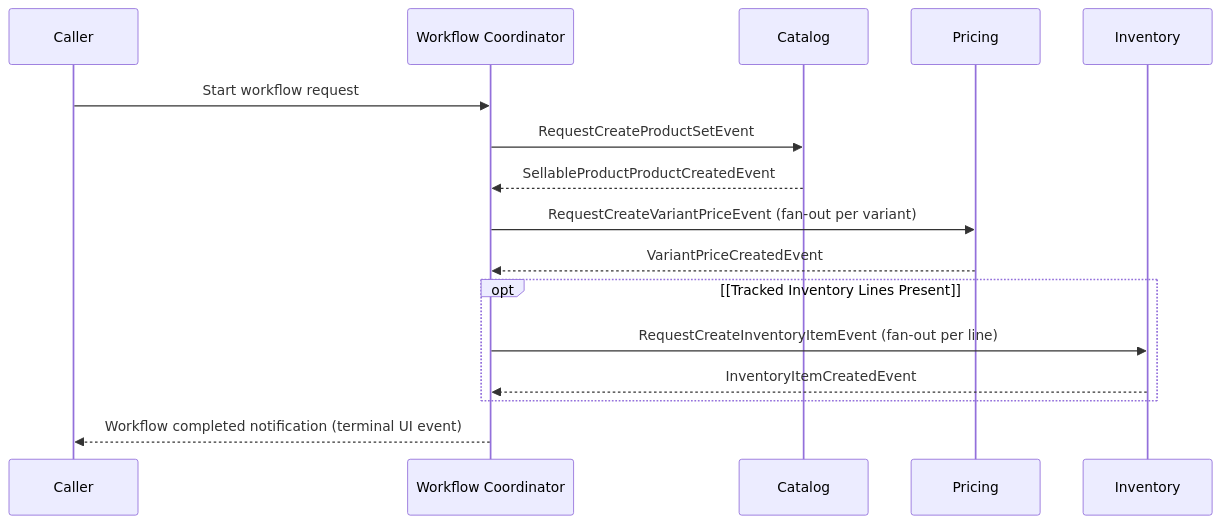
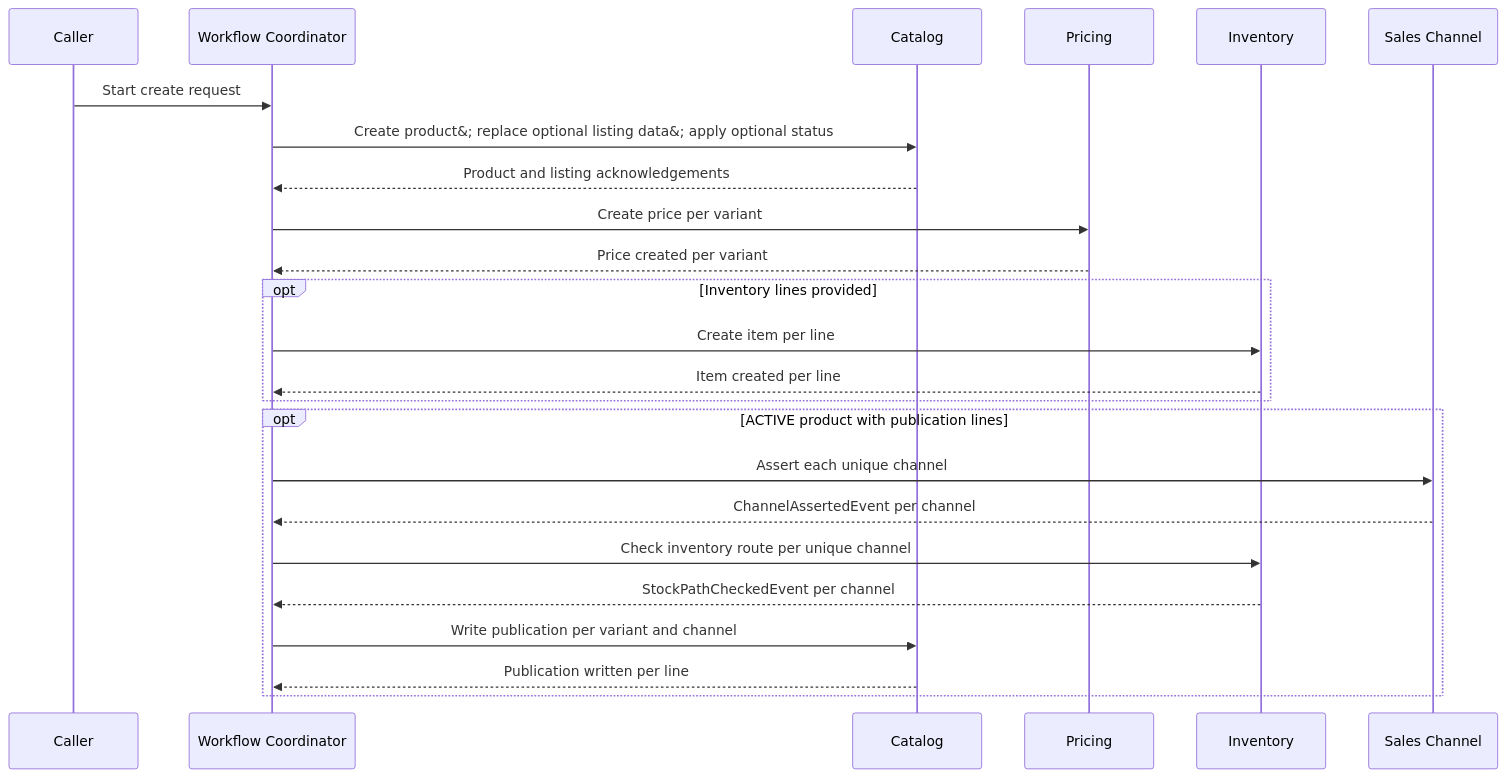
The first of 2 diagrams in docs/spec/workflows/create-sellable-product-workflow.md (khinemyaezin/grab), drawn with Mermaid before and after one commit. The commit also changed other lines of this file and 47 other files, not shown here.

````diff
--- a/docs/spec/workflows/create-sellable-product-workflow.md
+++ b/docs/spec/workflows/create-sellable-product-workflow.md
@@ -31,19 +29,26 @@
 ```mermaid
 sequenceDiagram
     participant Caller
     participant Workflow as Workflow Coordinator
     participant Catalog
     participant Pricing
     participant Inventory
-
-    Caller->>Workflow: Start workflow request
-    Workflow->>Catalog: RequestCreateProductSetEvent
-    Catalog-->>Workflow: SellableProductProductCreatedEvent
-    Workflow->>Pricing: RequestCreateVariantPriceEvent (fan-out per variant)
-    Pricing-->>Workflow: VariantPriceCreatedEvent
-    opt [Tracked Inventory Lines Present]
-        Workflow->>Inventory: RequestCreateInventoryItemEvent (fan-out per line)
-        Inventory-->>Workflow: InventoryItemCreatedEvent
+    participant Channel as Sales Channel
+    Caller->>Workflow: Start create request
+    Workflow->>Catalog: Create product&#59; replace optional listing data&#59; apply optional status
+    Catalog-->>Workflow: Product and listing acknowledgements
+    Workflow->>Pricing: Create price per variant
+    Pricing-->>Workflow: Price created per variant
+    opt Inventory lines provided
+        Workflow->>Inventory: Create item per line
+        Inventory-->>Workflow: Item created per line
     end
-    Workflow-->>Caller: Workflow completed notification (terminal UI event)
+    opt ACTIVE product with publication lines
+        Workflow->>Channel: Assert each unique channel
+        Channel-->>Workflow: ChannelAssertedEvent per channel
+        Workflow->>Inventory: Check inventory route per unique channel
+        Inventory-->>Workflow: StockPathCheckedEvent per channel
+        Workflow->>Catalog: Write publication per variant and channel
+        Catalog-->>Workflow: Publication written per line
+    end
 ```
````
